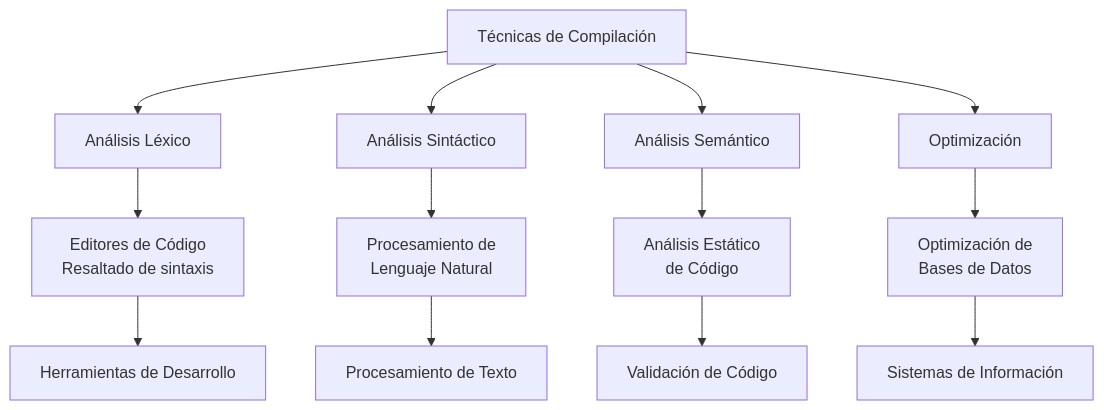
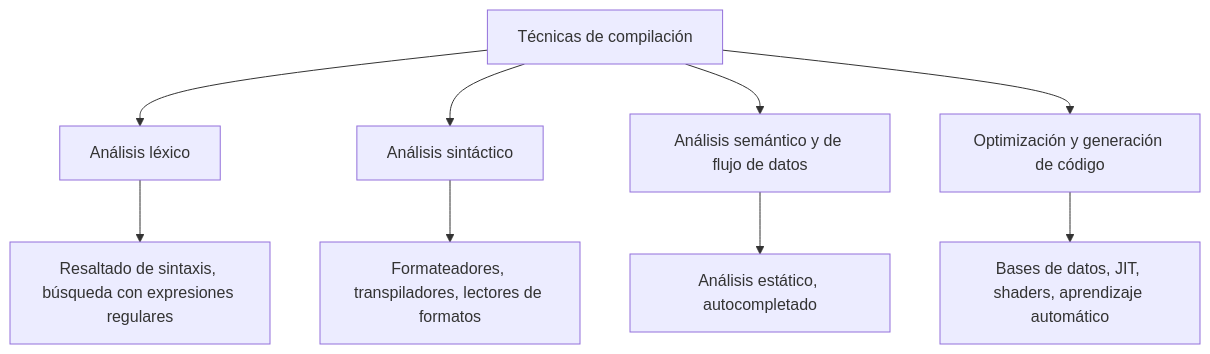
Before and after one commit to djaimej/computer-science-template: the diagram in public/documents/semester-7/1/7112.md, drawn with Mermaid. The commit also changed other lines of this file and 6 other files, not shown here.

````diff
--- a/public/documents/semester-7/1/7112.md
+++ b/public/documents/semester-7/1/7112.md
@@ -237,17 +37,11 @@
 ```mermaid
 flowchart TD
-    A[Técnicas de Compilación] --> B[Análisis Léxico]
-    A --> C[Análisis Sintáctico]
-    A --> D[Análisis Semántico]
-    A --> E[Optimización]
-
-    B --> F[Editores de Código<br>Resaltado de sintaxis]
-    C --> G[Procesamiento de<br>Lenguaje Natural]
-    D --> H[Análisis Estático<br>de Código]
-    E --> I[Optimización de<br>Bases de Datos]
-
-    F --> J[Herramientas de Desarrollo]
-    G --> K[Procesamiento de Texto]
-    H --> L[Validación de Código]
-    I --> M[Sistemas de Información]
+    A["Técnicas de compilación"] --> B["Análisis léxico"]
+    A --> C["Análisis sintáctico"]
+    A --> D["Análisis semántico y de flujo de datos"]
+    A --> E["Optimización y generación de código"]
+    B --> F["Resaltado de sintaxis, búsqueda con expresiones regulares"]
+    C --> G["Formateadores, transpiladores, lectores de formatos"]
+    D --> H["Análisis estático, autocompletado"]
+    E --> I["Bases de datos, JIT, shaders, aprendizaje automático"]
 ```
````
